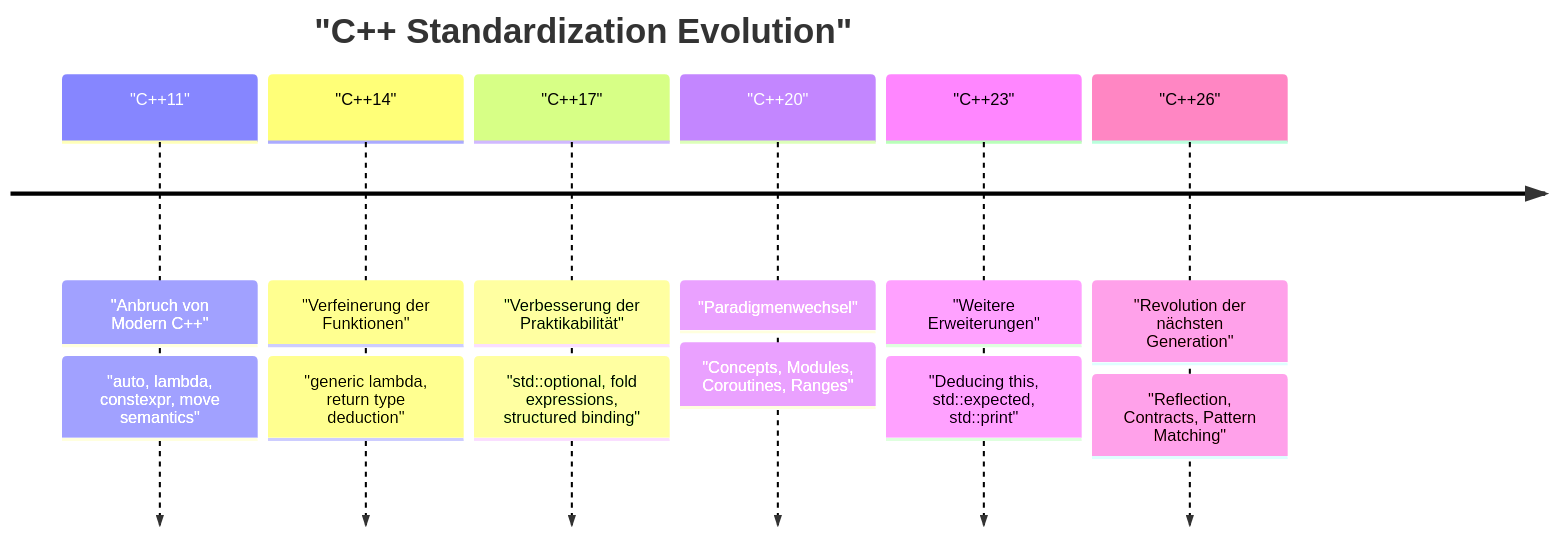
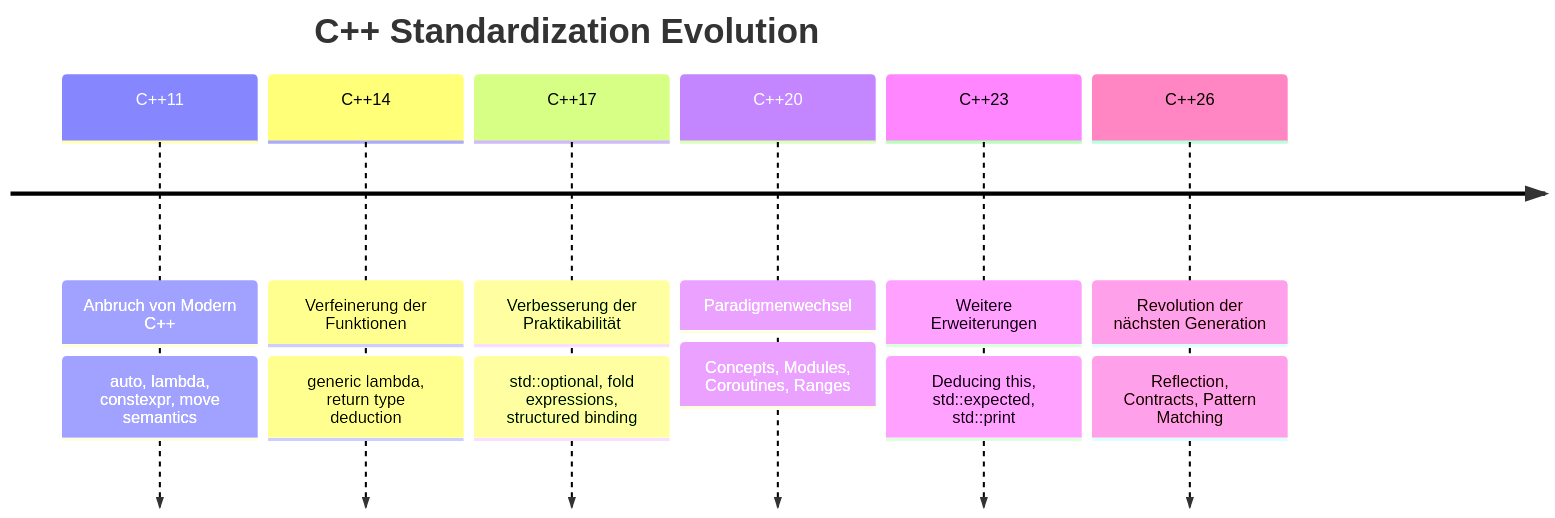
One commit to kenjinote/blog changed the first of 4 diagrams in content/post/cpp26新機能/index.de.md. Above: the diagram before and after it, drawn with Mermaid. The commit also changed other lines of this file and 703 other files, not shown here.

Commit message:
Fix: Remove quotes from Mermaid link texts and timeline definitions to support Mermaid 11.4.1

````diff
--- a/content/post/cpp26新機能/index.de.md
+++ b/content/post/cpp26新機能/index.de.md
@@ -20,10 +20,10 @@
 ```mermaid
 timeline
-    title "C++ Standardization Evolution"
-    "C++11" : "Anbruch von Modern C++" : "auto, lambda, constexpr, move semantics"
-    "C++14" : "Verfeinerung der Funktionen" : "generic lambda, return type deduction"
-    "C++17" : "Verbesserung der Praktikabilität" : "std::optional, fold expressions, structured binding"
-    "C++20" : "Paradigmenwechsel" : "Concepts, Modules, Coroutines, Ranges"
-    "C++23" : "Weitere Erweiterungen" : "Deducing this, std::expected, std::print"
-    "C++26" : "Revolution der nächsten Generation" : "Reflection, Contracts, Pattern Matching"
+    title C++ Standardization Evolution
+    C++11 : Anbruch von Modern C++ : auto, lambda, constexpr, move semantics
+    C++14 : Verfeinerung der Funktionen : generic lambda, return type deduction
+    C++17 : Verbesserung der Praktikabilität : std::optional, fold expressions, structured binding
+    C++20 : Paradigmenwechsel : Concepts, Modules, Coroutines, Ranges
+    C++23 : Weitere Erweiterungen : Deducing this, std::expected, std::print
+    C++26 : Revolution der nächsten Generation : Reflection, Contracts, Pattern Matching
 ```
````
